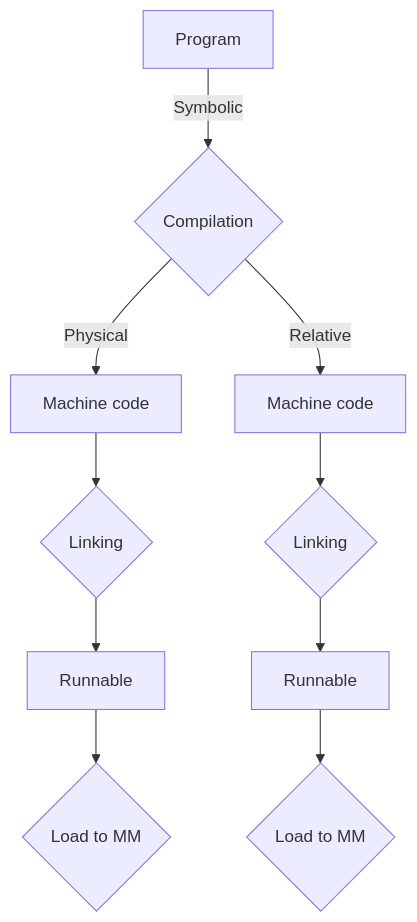
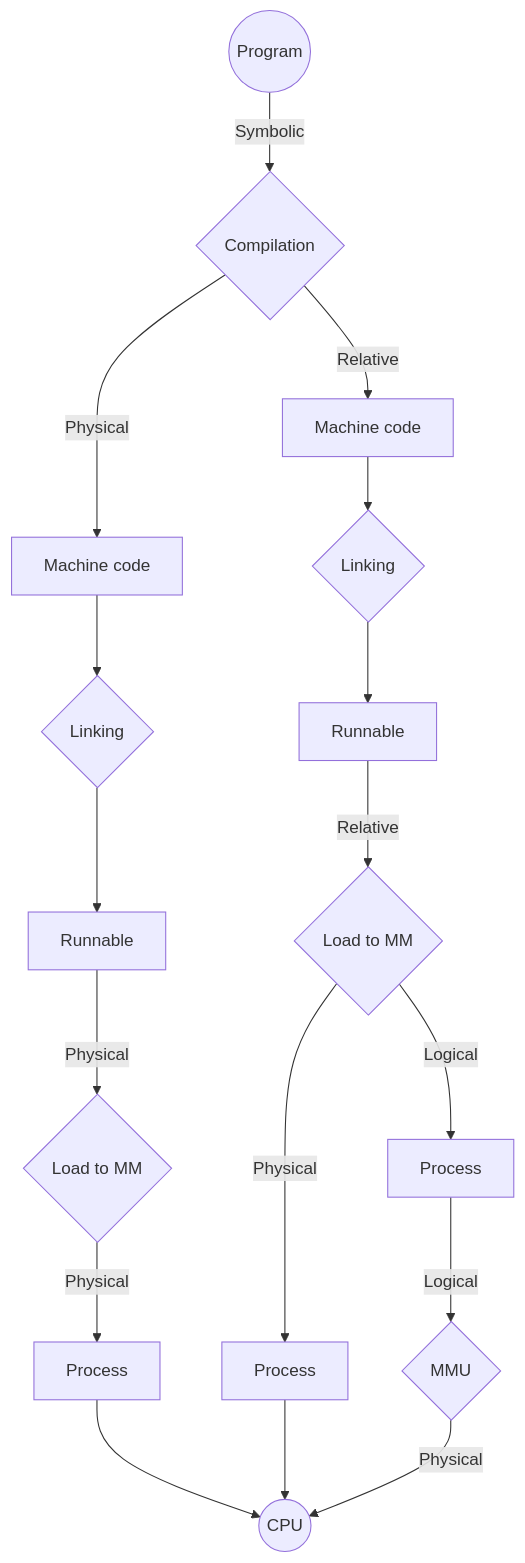
The diagram in CS/OS/data/43_addressing.md (angelromarco04/MyNotes), drawn with Mermaid before and after one commit. The commit also changed other lines of this file, not shown here.

Commit message:
vault backup: 2024-05-07 18:54:36

````diff
--- a/CS/OS/data/43_addressing.md
+++ b/CS/OS/data/43_addressing.md
@@ -18,12 +18,19 @@
 ```mermaid
 graph TB
-    A[Program] -- Symbolic --> B{Compilation}
+    A((Program)) -- Symbolic --> B{Compilation}
     B -- Physical --> C[Machine code]
     B -- Relative --> D[Machine code]
     C --> E{Linking}
     D --> F{Linking}
     E --> G[Runnable]
     F --> H[Runnable]
-	G --> I{Load to MM}
-    H --> J{Load to MM}
+	G -- Physical --> I{Load to MM}
+    H -- Relative --> J{Load to MM}
+    I -- Physical --> K[Process]
+    J -- Physical --> L[Process]
+    J -- Logical --> M[Process]
+    M -- Logical --> N{MMU}
+    N -- Physical --> Z((CPU))
+    K --> Z
+    L --> Z
 ```
````
